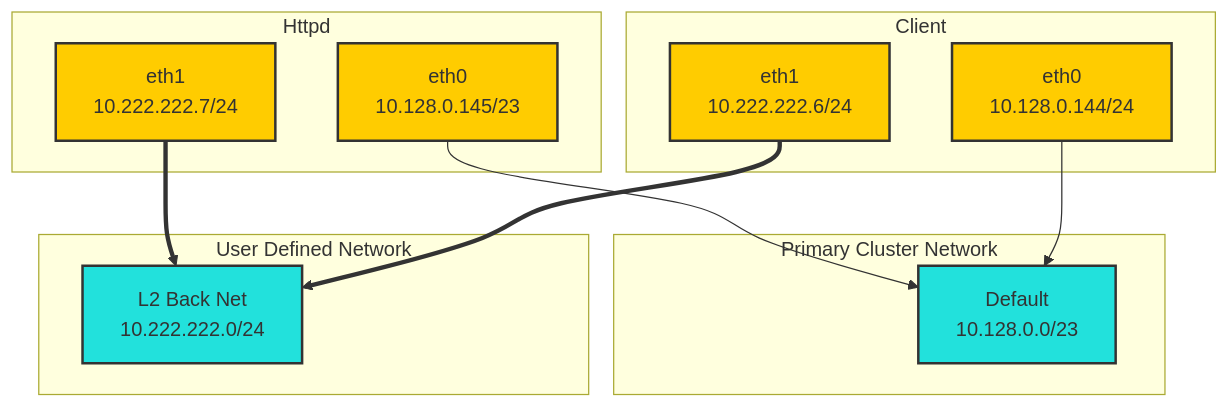
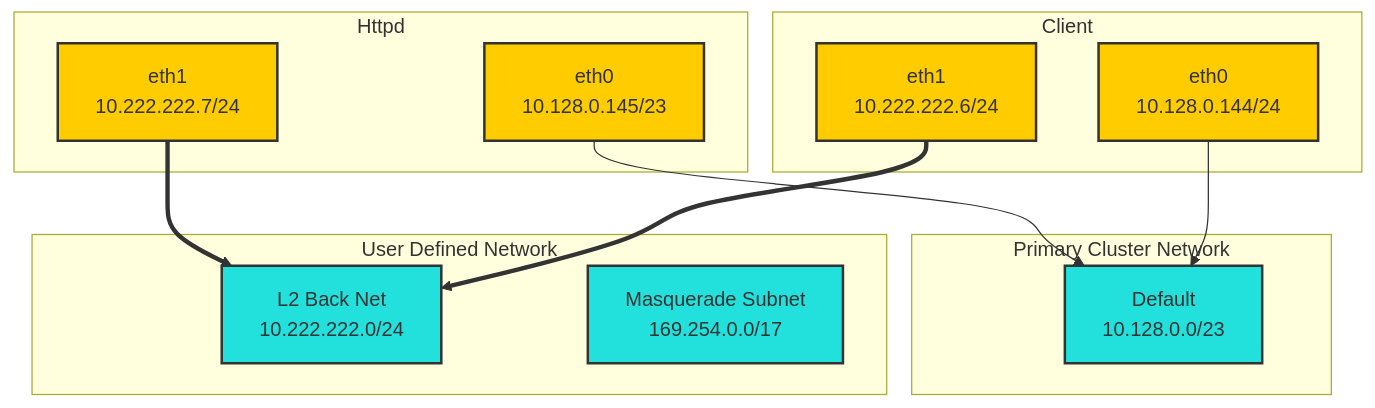
Before and after one commit to dlbewley/demo-virt: the diagram in demos/udn/readme.md, drawn with Mermaid. The commit also changed other lines of this file and 1 other file, not shown here.

````diff
--- a/demos/udn/readme.md
+++ b/demos/udn/readme.md
@@ -41,29 +43,33 @@
 ```mermaid
 graph TD;
     classDef interface fill:#ffcc00,stroke:#333,stroke-width:2px;
     classDef network fill:#0ddd,stroke:#333,stroke-width:2px;
     classDef neighbor fill:#ffeb99,stroke:#333,stroke-width:2px;
 
     subgraph Cluster ["Primary Cluster Network"]
         net-pod[Default<br> 10.128.0.0/23]:::network;
         %% net-pod --(NAT)--> internet %%
     end
 
     subgraph Networks["User Defined Network"]
         net-right[L2 Back Net<br> 10.222.222.0/24]:::network;
+    end
+
+    subgraph Networks["Masquerade Network"]
+        net-masquerade[Masquerade Subnet<br> 169.254.0.0/17]:::network;
     end
 
     subgraph Httpd
         server-left-eth0[eth0<br>10.128.0.145/23]:::interface;
         server-left-eth0 --> net-pod
         server-left-eth1[eth1<br>10.222.222.7/24]:::interface;
         server-left-eth1 ==> net-right
     end
 
     subgraph Client
         server-right-eth0[eth0<br>10.128.0.144/24]:::interface;
         server-right-eth0 --> net-pod
         server-right-eth1[eth1<br>10.222.222.6/24]:::interface;
         server-right-eth1 ==> net-right
     end
 ```
````
